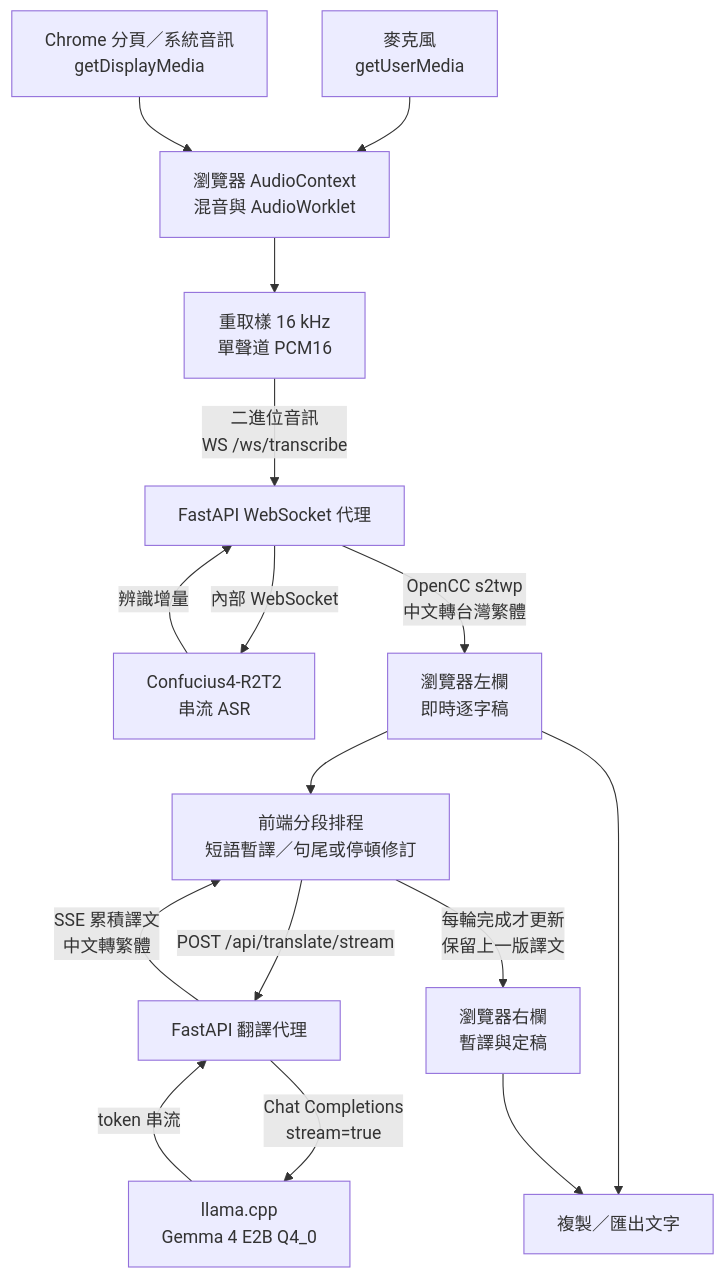
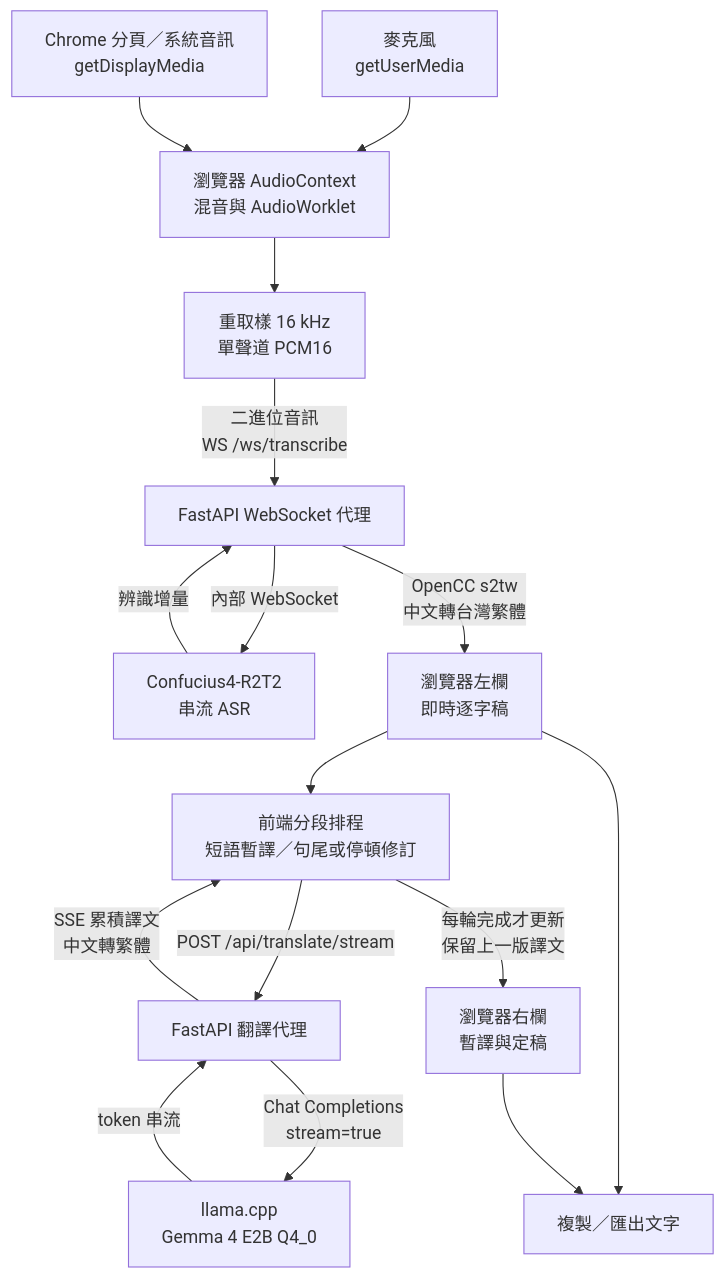
One commit to myyang19770915/LiveTranscription changed the third of 3 diagrams in README.md. Above: the diagram before and after it, drawn with Mermaid. The commit also changed other lines of this file, not shown here.

````diff
--- a/README.md
+++ b/README.md
@@ -109,18 +112,18 @@
 ```mermaid
 flowchart TD
   mic[麥克風<br/>getUserMedia] --> mix[瀏覽器 AudioContext<br/>混音與 AudioWorklet]
   tab[Chrome 分頁／系統音訊<br/>getDisplayMedia] --> mix
   mix --> pcm[重取樣 16 kHz<br/>單聲道 PCM16]
   pcm -->|二進位音訊<br/>WS /ws/transcribe| gateway[FastAPI WebSocket 代理]
   gateway -->|內部 WebSocket| asr[Confucius4-R2T2<br/>串流 ASR]
   asr -->|辨識增量| gateway
-  gateway -->|OpenCC s2twp<br/>中文轉台灣繁體| transcript[瀏覽器左欄<br/>即時逐字稿]
+  gateway -->|OpenCC s2tw<br/>中文轉台灣繁體| transcript[瀏覽器左欄<br/>即時逐字稿]
   transcript --> scheduler[前端分段排程<br/>短語暫譯／句尾或停頓修訂]
   scheduler -->|POST /api/translate/stream| api[FastAPI 翻譯代理]
   api -->|Chat Completions<br/>stream=true| llm[llama.cpp<br/>Gemma 4 E2B Q4_0]
   llm -->|token 串流| api
   api -->|SSE 累積譯文<br/>中文轉繁體| scheduler
   scheduler -->|每輪完成才更新<br/>保留上一版譯文| translation[瀏覽器右欄<br/>暫譯與定稿]
   transcript --> export[複製／匯出文字]
   translation --> export
 ```
````
